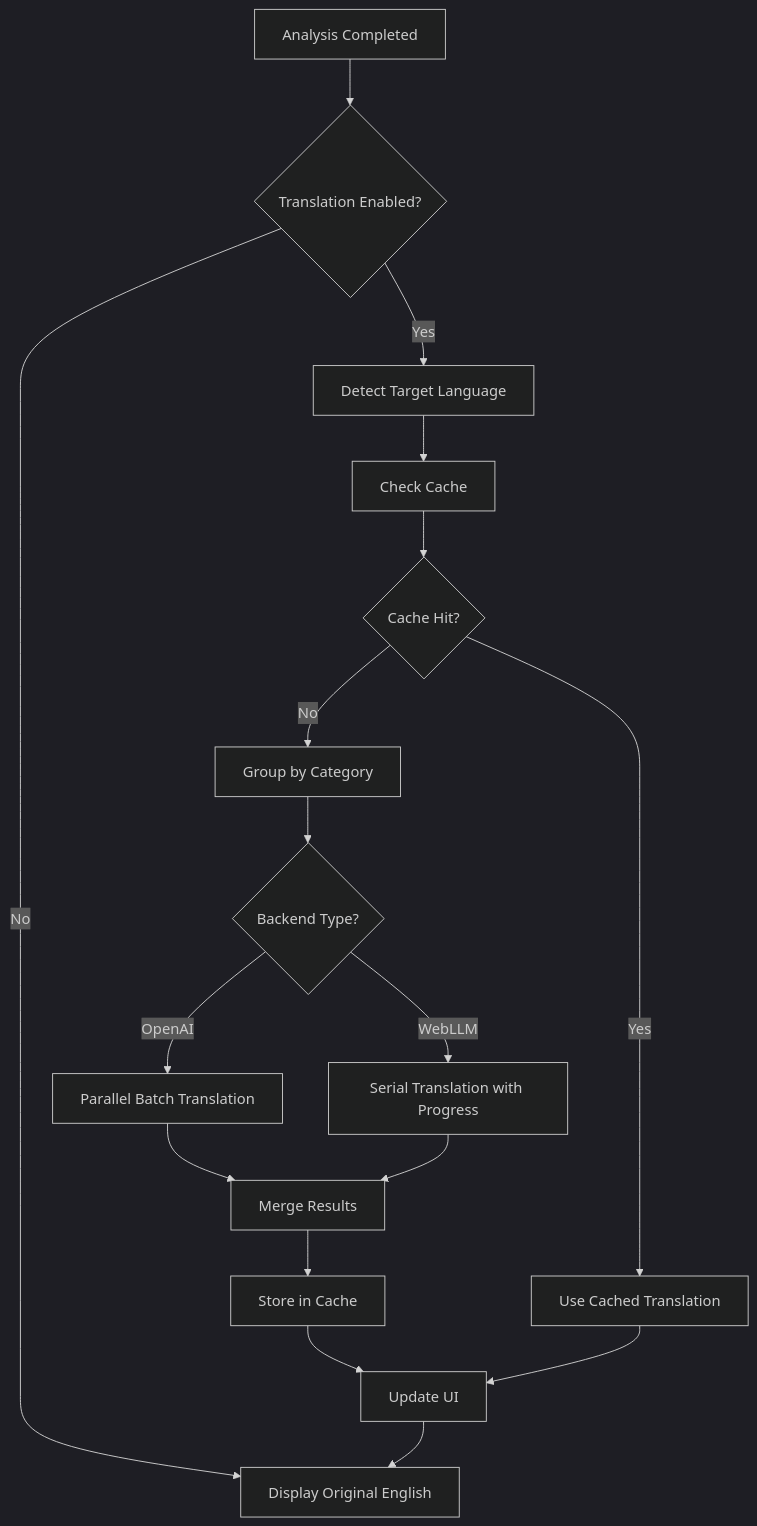
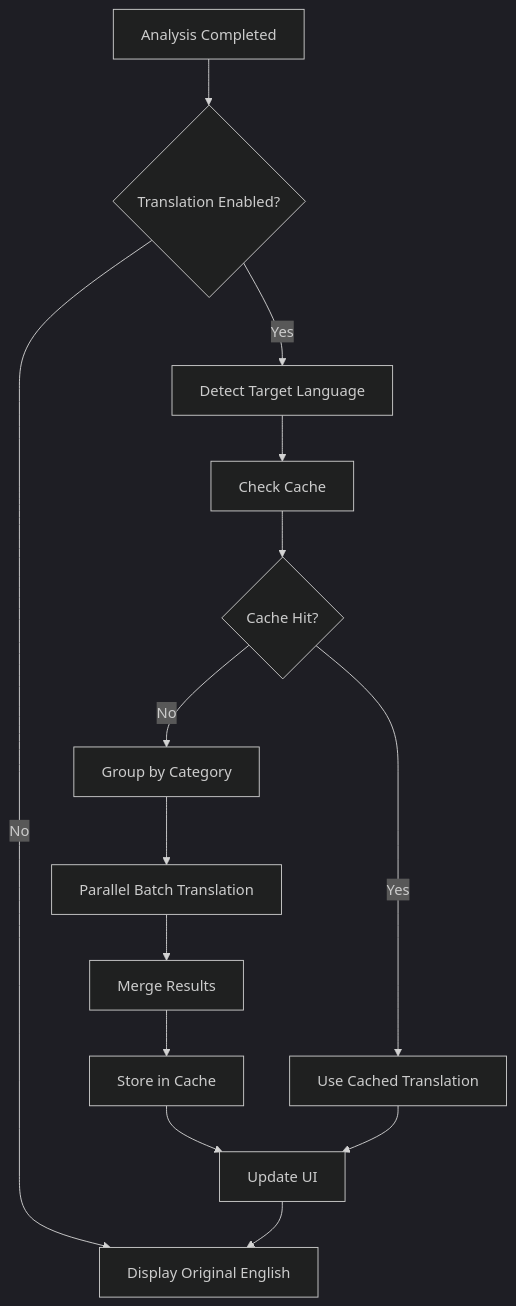
One commit to Crownpeak/dqm-react-component changed the first of 4 diagrams in docs/AI-FEATURES.md. Above: the diagram before and after it, drawn with Mermaid (dark theme). The commit also changed other lines of this file and 75 other files, not shown here.

````diff
--- a/docs/AI-FEATURES.md
+++ b/docs/AI-FEATURES.md
@@ -61,19 +44,16 @@
 ```mermaid
 flowchart TD
     A[Analysis Completed] --> B{Translation Enabled?}
     B -->|No| Z[Display Original English]
     B -->|Yes| C[Detect Target Language]
     C --> D[Check Cache]
     D --> E{Cache Hit?}
     E -->|Yes| F[Use Cached Translation]
     E -->|No| G[Group by Category]
-    G --> H{Backend Type?}
-    H -->|OpenAI| I[Parallel Batch Translation]
-    H -->|WebLLM| J[Serial Translation with Progress]
-    I --> K[Merge Results]
-    J --> K
+    G --> H[Parallel Batch Translation]
+    H --> K[Merge Results]
     K --> L[Store in Cache]
     L --> M[Update UI]
     F --> M
     M --> Z
 ```
````
